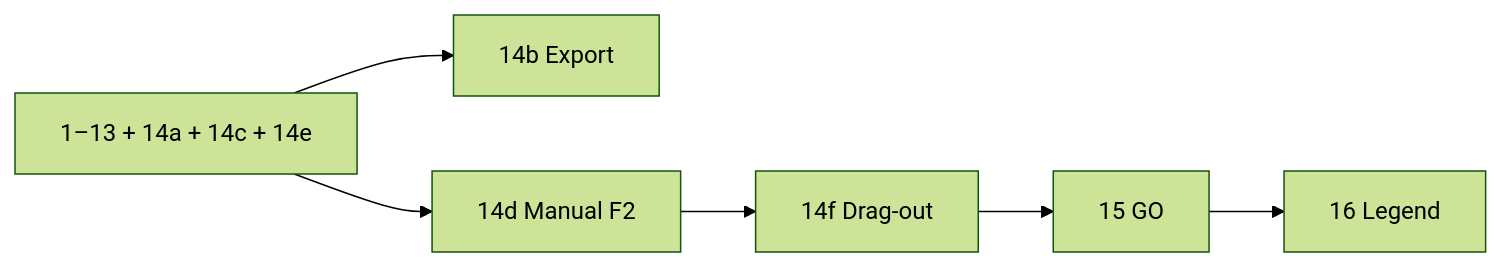
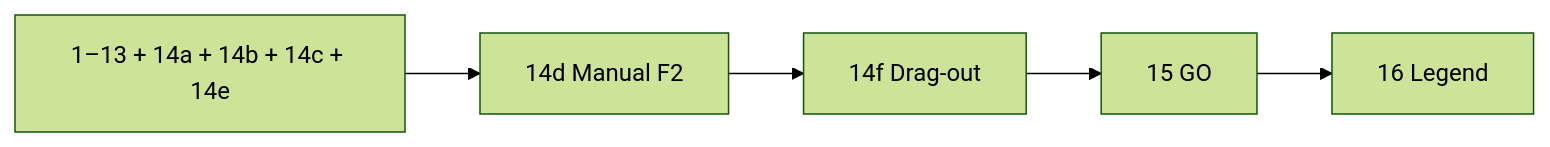
Before and after one commit to davidohana/finebytes: the diagram in docs/plans/rename-list-ui.plan.md, drawn with Mermaid (forest theme). The commit also changed other lines of this file and 10 other files, not shown here.

````diff
--- a/docs/plans/rename-list-ui.plan.md
+++ b/docs/plans/rename-list-ui.plan.md
@@ -136,12 +136,10 @@
 ```mermaid
 flowchart LR
-  Done[1–13 + 14a + 14c + 14e]
-  P14b[14b Export]
+  Done[1–13 + 14a + 14b + 14c + 14e]
   P14d[14d Manual F2]
   P14f[14f Drag-out]
   P15[15 GO]
   P16[16 Legend]
-  Done --> P14b
   Done --> P14d
   P14d --> P14f --> P15 --> P16
 ```
````
